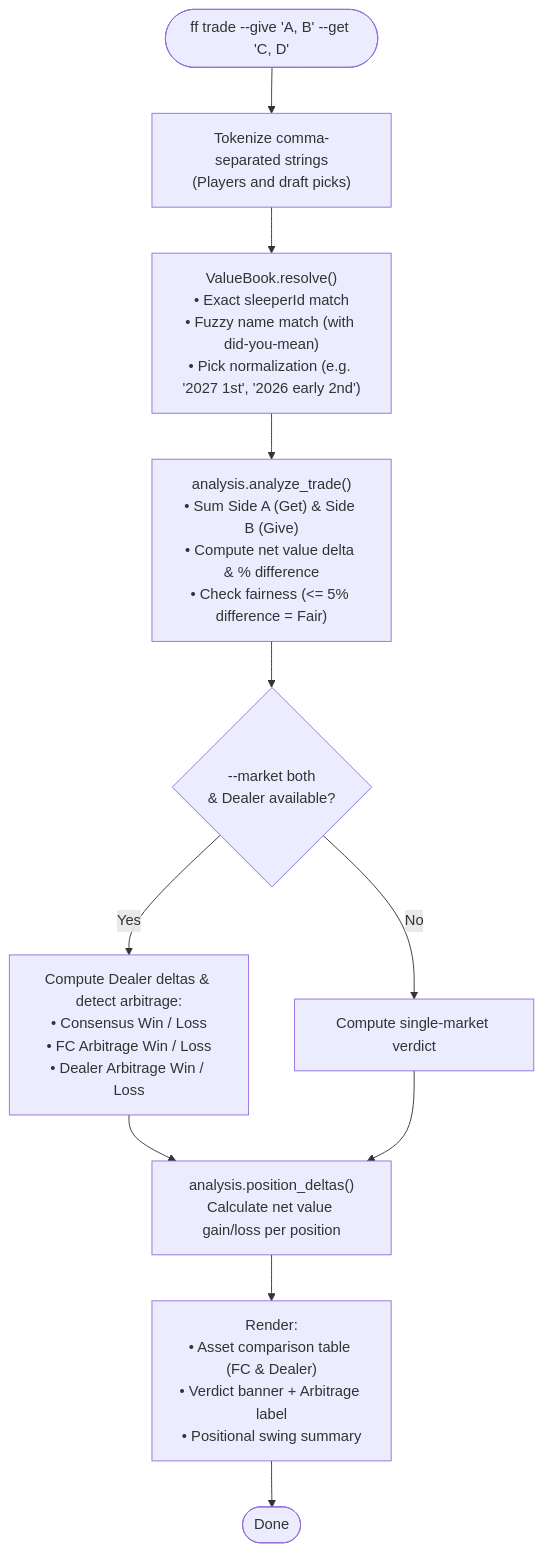
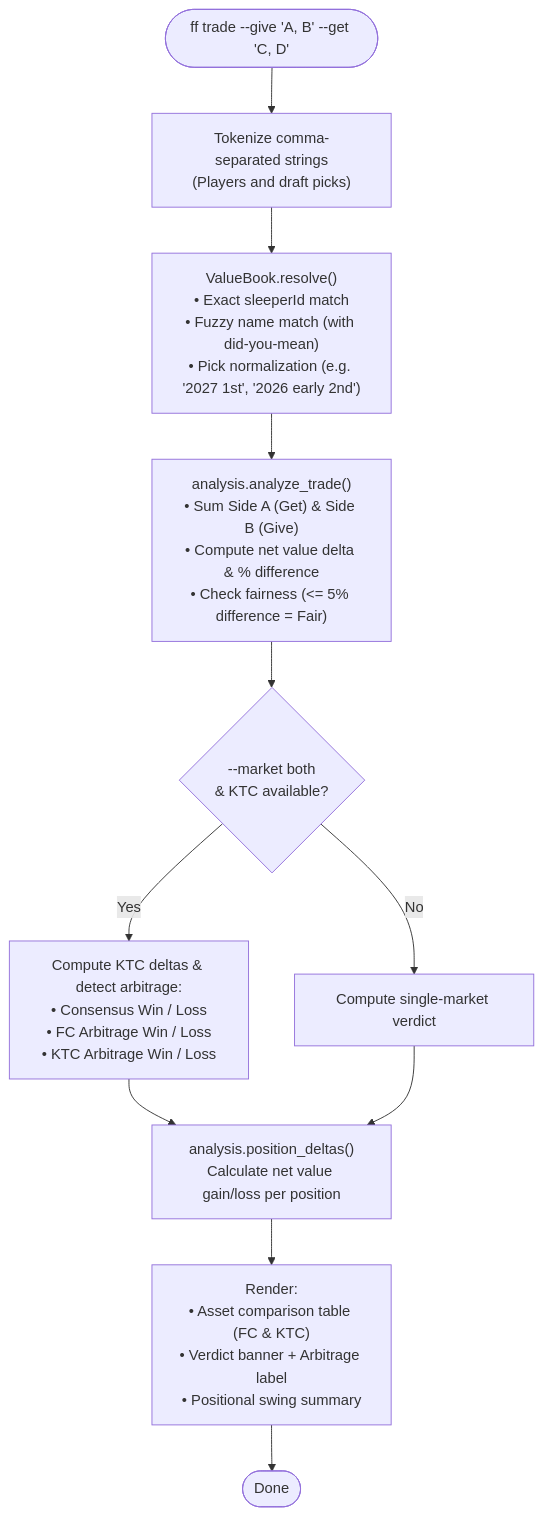
Before and after one commit to savvides/ff: the eighth of 17 diagrams in README.md, drawn with Mermaid. The commit also changed other lines of this file and 17 other files, not shown here.

````diff
--- a/README.md
+++ b/README.md
@@ -242,12 +243,12 @@
 ```mermaid
 flowchart TD
     Start(["ff trade --give 'A, B' --get 'C, D'"]) --> Parse["Tokenize comma-separated strings\n(Players and draft picks)"]
     Parse --> Resolve["ValueBook.resolve()\n• Exact sleeperId match\n• Fuzzy name match (with did-you-mean)\n• Pick normalization (e.g. '2027 1st', '2026 early 2nd')"]
     Resolve --> Analyze["analysis.analyze_trade()\n• Sum Side A (Get) & Side B (Give)\n• Compute net value delta & % difference\n• Check fairness (<= 5% difference = Fair)"]
-    Analyze --> DualMarket{"--market both\n& Dealer available?"}
-    DualMarket -- "Yes" --> Arb["Compute Dealer deltas & detect arbitrage:\n• Consensus Win / Loss\n• FC Arbitrage Win / Loss\n• Dealer Arbitrage Win / Loss"]
+    Analyze --> DualMarket{"--market both\n& KTC available?"}
+    DualMarket -- "Yes" --> Arb["Compute KTC deltas & detect arbitrage:\n• Consensus Win / Loss\n• FC Arbitrage Win / Loss\n• KTC Arbitrage Win / Loss"]
     DualMarket -- "No" --> SingleVerdict["Compute single-market verdict"]
     Arb & SingleVerdict --> Swings["analysis.position_deltas()\nCalculate net value gain/loss per position"]
-    Swings --> Output["Render:\n• Asset comparison table (FC & Dealer)\n• Verdict banner + Arbitrage label\n• Positional swing summary"]
+    Swings --> Output["Render:\n• Asset comparison table (FC & KTC)\n• Verdict banner + Arbitrage label\n• Positional swing summary"]
     Output --> Done(["Done"])
 ```
````
